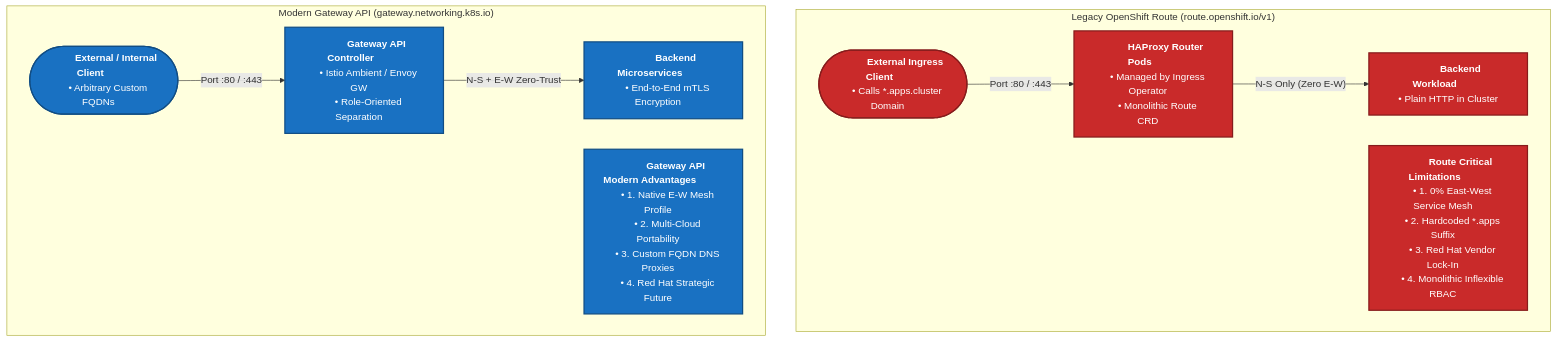
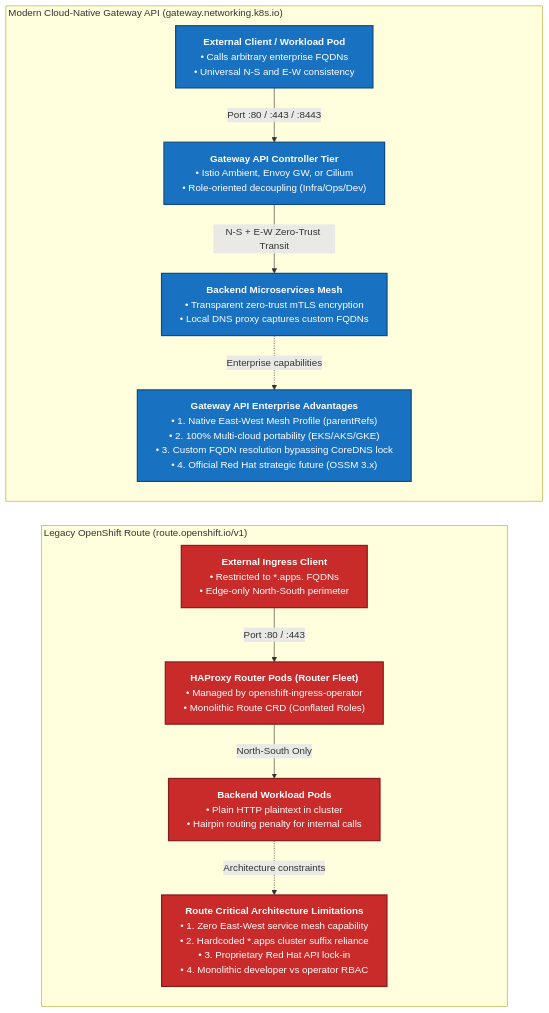
One commit to nubenetes/cloudnative-ingress-mesh-lab changed the second of 6 diagrams in docs/GATEWAY_API_WITHOUT_TRAEFIK.md. Above: the diagram before and after it, drawn with Mermaid. The commit also changed other lines of this file, not shown here.

Commit message:
docs(gateway-api): fix diagrams with wrappingWidth/hexagons, deepen Cilium encryption analysis, and add 2026-2027 maturity matrix

````diff
--- a/docs/GATEWAY_API_WITHOUT_TRAEFIK.md
+++ b/docs/GATEWAY_API_WITHOUT_TRAEFIK.md
@@ -163,24 +170,33 @@
 ```mermaid
-flowchart TD
-    subgraph OCPRoute ["&nbsp;&nbsp;&nbsp;&nbsp;&nbsp;&nbsp;&nbsp;&nbsp;&nbsp;&nbsp;&nbsp;&nbsp;Legacy OpenShift Route (route.openshift.io/v1)&nbsp;&nbsp;&nbsp;&nbsp;&nbsp;&nbsp;&nbsp;&nbsp;&nbsp;&nbsp;&nbsp;&nbsp;"]
-        RClient(["&nbsp;&nbsp;&nbsp;&nbsp;&nbsp;&nbsp;&nbsp;&nbsp;&nbsp;&nbsp;<b>External Ingress Client</b>&nbsp;&nbsp;&nbsp;&nbsp;&nbsp;&nbsp;&nbsp;&nbsp;&nbsp;&nbsp;<br/>&nbsp;&nbsp;&nbsp;&nbsp;• Calls *.apps.cluster Domain&nbsp;&nbsp;&nbsp;&nbsp;"]) -->|"Port :80 / :443"| RRouter["&nbsp;&nbsp;&nbsp;&nbsp;&nbsp;&nbsp;&nbsp;&nbsp;&nbsp;&nbsp;<b>HAProxy Router Pods</b>&nbsp;&nbsp;&nbsp;&nbsp;&nbsp;&nbsp;&nbsp;&nbsp;&nbsp;&nbsp;<br/>&nbsp;&nbsp;&nbsp;&nbsp;• Managed by Ingress Operator&nbsp;&nbsp;&nbsp;&nbsp;<br/>&nbsp;&nbsp;&nbsp;&nbsp;• Monolithic Route CRD&nbsp;&nbsp;&nbsp;&nbsp;"]
-        
-        RRouter -->|"N-S Only (Zero E-W)"| RApp["&nbsp;&nbsp;&nbsp;&nbsp;&nbsp;&nbsp;&nbsp;&nbsp;&nbsp;&nbsp;<b>Backend Workload</b>&nbsp;&nbsp;&nbsp;&nbsp;&nbsp;&nbsp;&nbsp;&nbsp;&nbsp;&nbsp;<br/>&nbsp;&nbsp;&nbsp;&nbsp;• Plain HTTP in Cluster&nbsp;&nbsp;&nbsp;&nbsp;"]
-        
-        RLimit["&nbsp;&nbsp;&nbsp;&nbsp;&nbsp;&nbsp;&nbsp;&nbsp;&nbsp;&nbsp;<b>Route Critical Limitations</b>&nbsp;&nbsp;&nbsp;&nbsp;&nbsp;&nbsp;&nbsp;&nbsp;&nbsp;&nbsp;<br/>&nbsp;&nbsp;&nbsp;&nbsp;• 1. 0% East-West Service Mesh&nbsp;&nbsp;&nbsp;&nbsp;<br/>&nbsp;&nbsp;&nbsp;&nbsp;• 2. Hardcoded *.apps Suffix&nbsp;&nbsp;&nbsp;&nbsp;<br/>&nbsp;&nbsp;&nbsp;&nbsp;• 3. Red Hat Vendor Lock-In&nbsp;&nbsp;&nbsp;&nbsp;<br/>&nbsp;&nbsp;&nbsp;&nbsp;• 4. Monolithic Inflexible RBAC&nbsp;&nbsp;&nbsp;&nbsp;"]
+%%{init: {"flowchart": {"wrappingWidth": 450, "nodeSpacing": 40, "rankSpacing": 40}}}%%
+flowchart LR
+    subgraph OCPRoute ["Legacy OpenShift Route (route.openshift.io/v1)&nbsp;&nbsp;&nbsp;&nbsp;&nbsp;&nbsp;&nbsp;&nbsp;&nbsp;&nbsp;&nbsp;&nbsp;&nbsp;&nbsp;&nbsp;&nbsp;&nbsp;&nbsp;&nbsp;&nbsp;&nbsp;&nbsp;&nbsp;&nbsp;&nbsp;&nbsp;&nbsp;&nbsp;&nbsp;&nbsp;&nbsp;&nbsp;&nbsp;&nbsp;&nbsp;&nbsp;&nbsp;&nbsp;&nbsp;&nbsp;&nbsp;&nbsp;&nbsp;&nbsp;&nbsp;&nbsp;&nbsp;&nbsp;&nbsp;&nbsp;&nbsp;&nbsp;&nbsp;&nbsp;&nbsp;&nbsp;&nbsp;&nbsp;&nbsp;&nbsp;&nbsp;&nbsp;&nbsp;&nbsp;&nbsp;&nbsp;&nbsp;&nbsp;&nbsp;&nbsp;&nbsp;&nbsp;&nbsp;&nbsp;&nbsp;&nbsp;&nbsp;&nbsp;&nbsp;&nbsp;&nbsp;&nbsp;&nbsp;&nbsp;&nbsp;&nbsp;&nbsp;&nbsp;&nbsp;&nbsp;&nbsp;&nbsp;&nbsp;&nbsp;&nbsp;"]
+        direction TB
+        RClient["<b>External Ingress Client</b><br/>• Restricted to *.apps.<cluster> FQDNs<br/>• Edge-only North-South perimeter"]
+        RRouter["<b>HAProxy Router Pods (Router Fleet)</b><br/>• Managed by openshift-ingress-operator<br/>• Monolithic Route CRD (Conflated Roles)"]
+        RApp["<b>Backend Workload Pods</b><br/>• Plain HTTP plaintext in cluster<br/>• Hairpin routing penalty for internal calls"]
+        RLimit["<b>Route Critical Architecture Limitations</b><br/>• 1. Zero East-West service mesh capability<br/>• 2. Hardcoded *.apps cluster suffix reliance<br/>• 3. Proprietary Red Hat API lock-in<br/>• 4. Monolithic developer vs operator RBAC"]
+
+        RClient -->|"Port :80 / :443"| RRouter
+        RRouter -->|"North-South Only"| RApp
+        RApp -.->|"Architecture constraints"| RLimit
     end
 
-    subgraph GWAPIMesh ["&nbsp;&nbsp;&nbsp;&nbsp;&nbsp;&nbsp;&nbsp;&nbsp;&nbsp;&nbsp;&nbsp;&nbsp;Modern Gateway API (gateway.networking.k8s.io)&nbsp;&nbsp;&nbsp;&nbsp;&nbsp;&nbsp;&nbsp;&nbsp;&nbsp;&nbsp;&nbsp;&nbsp;"]
-        GClient(["&nbsp;&nbsp;&nbsp;&nbsp;&nbsp;&nbsp;&nbsp;&nbsp;&nbsp;&nbsp;<b>External / Internal Client</b>&nbsp;&nbsp;&nbsp;&nbsp;&nbsp;&nbsp;&nbsp;&nbsp;&nbsp;&nbsp;<br/>&nbsp;&nbsp;&nbsp;&nbsp;• Arbitrary Custom FQDNs&nbsp;&nbsp;&nbsp;&nbsp;"]) -->|"Port :80 / :443"| GGateway["&nbsp;&nbsp;&nbsp;&nbsp;&nbsp;&nbsp;&nbsp;&nbsp;&nbsp;&nbsp;<b>Gateway API Controller</b>&nbsp;&nbsp;&nbsp;&nbsp;&nbsp;&nbsp;&nbsp;&nbsp;&nbsp;&nbsp;<br/>&nbsp;&nbsp;&nbsp;&nbsp;• Istio Ambient / Envoy GW&nbsp;&nbsp;&nbsp;&nbsp;<br/>&nbsp;&nbsp;&nbsp;&nbsp;• Role-Oriented Separation&nbsp;&nbsp;&nbsp;&nbsp;"]
-        
-        GGateway -->|"N-S + E-W Zero-Trust"| GApp["&nbsp;&nbsp;&nbsp;&nbsp;&nbsp;&nbsp;&nbsp;&nbsp;&nbsp;&nbsp;<b>Backend Microservices</b>&nbsp;&nbsp;&nbsp;&nbsp;&nbsp;&nbsp;&nbsp;&nbsp;&nbsp;&nbsp;<br/>&nbsp;&nbsp;&nbsp;&nbsp;• End-to-End mTLS Encryption&nbsp;&nbsp;&nbsp;&nbsp;"]
-        
-        GAdv["&nbsp;&nbsp;&nbsp;&nbsp;&nbsp;&nbsp;&nbsp;&nbsp;&nbsp;&nbsp;<b>Gateway API Modern Advantages</b>&nbsp;&nbsp;&nbsp;&nbsp;&nbsp;&nbsp;&nbsp;&nbsp;&nbsp;&nbsp;<br/>&nbsp;&nbsp;&nbsp;&nbsp;• 1. Native E-W Mesh Profile&nbsp;&nbsp;&nbsp;&nbsp;<br/>&nbsp;&nbsp;&nbsp;&nbsp;• 2. Multi-Cloud Portability&nbsp;&nbsp;&nbsp;&nbsp;<br/>&nbsp;&nbsp;&nbsp;&nbsp;• 3. Custom FQDN DNS Proxies&nbsp;&nbsp;&nbsp;&nbsp;<br/>&nbsp;&nbsp;&nbsp;&nbsp;• 4. Red Hat Strategic Future&nbsp;&nbsp;&nbsp;&nbsp;"]
+    subgraph GWAPIMesh ["Modern Cloud-Native Gateway API (gateway.networking.k8s.io)&nbsp;&nbsp;&nbsp;&nbsp;&nbsp;&nbsp;&nbsp;&nbsp;&nbsp;&nbsp;&nbsp;&nbsp;&nbsp;&nbsp;&nbsp;&nbsp;&nbsp;&nbsp;&nbsp;&nbsp;&nbsp;&nbsp;&nbsp;&nbsp;&nbsp;&nbsp;&nbsp;&nbsp;&nbsp;&nbsp;&nbsp;&nbsp;&nbsp;&nbsp;&nbsp;&nbsp;&nbsp;&nbsp;&nbsp;&nbsp;&nbsp;&nbsp;&nbsp;&nbsp;&nbsp;&nbsp;&nbsp;&nbsp;&nbsp;&nbsp;&nbsp;&nbsp;&nbsp;&nbsp;&nbsp;&nbsp;&nbsp;&nbsp;&nbsp;&nbsp;&nbsp;&nbsp;&nbsp;&nbsp;&nbsp;&nbsp;&nbsp;&nbsp;&nbsp;&nbsp;&nbsp;&nbsp;&nbsp;&nbsp;&nbsp;&nbsp;&nbsp;&nbsp;&nbsp;&nbsp;&nbsp;&nbsp;&nbsp;&nbsp;&nbsp;&nbsp;&nbsp;&nbsp;&nbsp;&nbsp;&nbsp;&nbsp;&nbsp;&nbsp;&nbsp;"]
+        direction TB
+        GClient["<b>External Client / Workload Pod</b><br/>• Calls arbitrary enterprise FQDNs<br/>• Universal N-S and E-W consistency"]
+        GGateway["<b>Gateway API Controller Tier</b><br/>• Istio Ambient, Envoy GW, or Cilium<br/>• Role-oriented decoupling (Infra/Ops/Dev)"]
+        GApp["<b>Backend Microservices Mesh</b><br/>• Transparent zero-trust mTLS encryption<br/>• Local DNS proxy captures custom FQDNs"]
+        GAdv["<b>Gateway API Enterprise Advantages</b><br/>• 1. Native East-West Mesh Profile (parentRefs)<br/>• 2. 100% Multi-cloud portability (EKS/AKS/GKE)<br/>• 3. Custom FQDN resolution bypassing CoreDNS lock<br/>• 4. Official Red Hat strategic future (OSSM 3.x)"]
+
+        GClient -->|"Port :80 / :443 / :8443"| GGateway
+        GGateway -->|"N-S + E-W Zero-Trust Transit"| GApp
+        GApp -.->|"Enterprise capabilities"| GAdv
     end
 
-    classDef legacy fill:#c92a2a,stroke:#861c1c,stroke-width:2px,color:#fff;
-    classDef modern fill:#1971c2,stroke:#114d84,stroke-width:2px,color:#fff;
+    classDef legacy fill:#c92a2a,stroke:#861c1c,stroke-width:2px,color:#fff,min-width:320px;
+    classDef modern fill:#1971c2,stroke:#114d84,stroke-width:2px,color:#fff,min-width:320px;
 
     class RClient,RRouter,RApp,RLimit legacy;
     class GClient,GGateway,GApp,GAdv modern;
 ```
````
